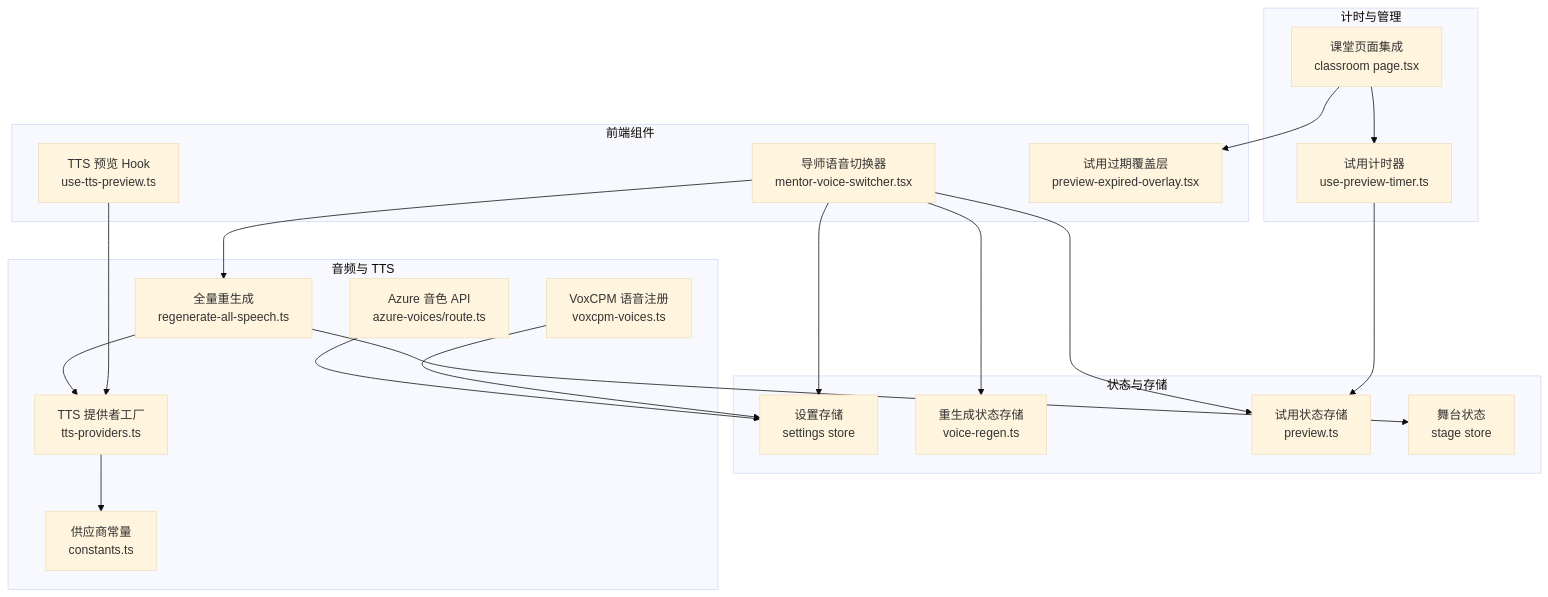
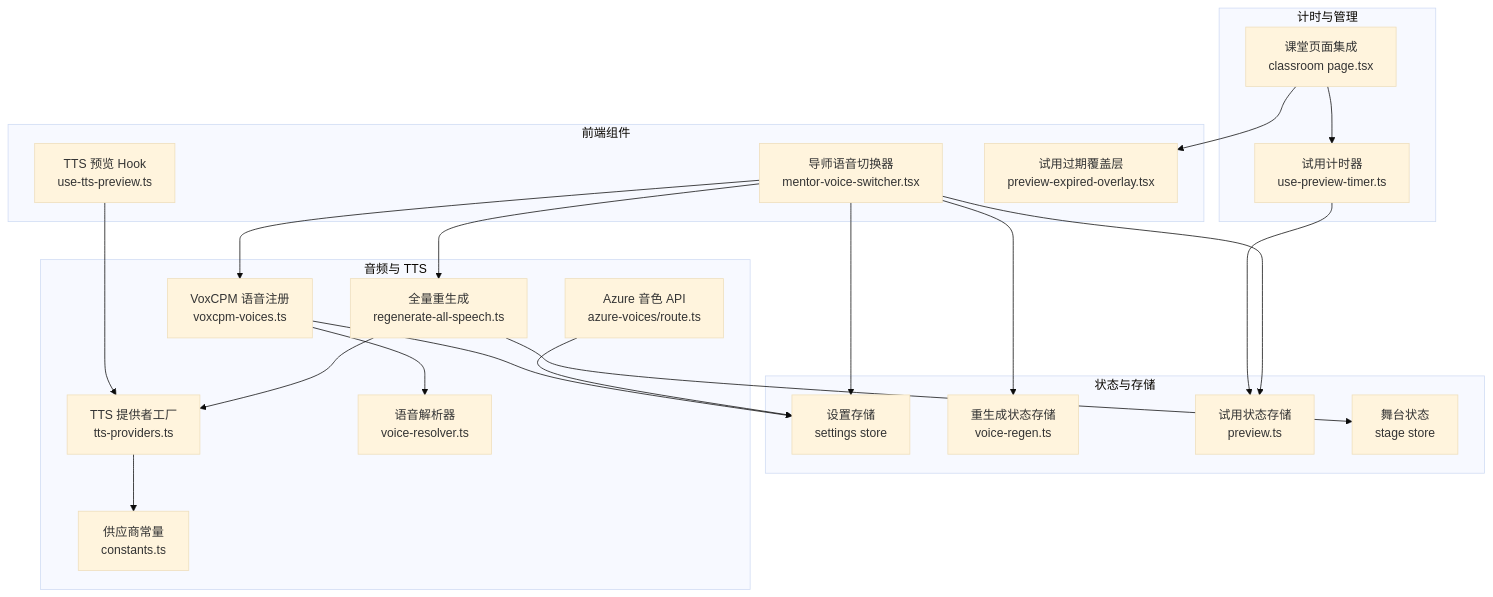
The fourth of 12 diagrams in .qoder/repowiki/zh/content/UI 组件系统/课堂播放组件/导师语音切换器组件.md (huangboheng/OpenMAIC), drawn with Mermaid (base theme) before and after one commit. The commit also changed other lines of this file and 13 other files, not shown here.

````diff
--- a/.qoder/repowiki/zh/content/UI 组件系统/课堂播放组件/导师语音切换器组件.md
+++ b/.qoder/repowiki/zh/content/UI 组件系统/课堂播放组件/导师语音切换器组件.md
@@ -296,38 +325,41 @@
 ```mermaid
 graph TB
 subgraph "前端组件"
 VS["导师语音切换器<br/>mentor-voice-switcher.tsx"]
 PR["TTS 预览 Hook<br/>use-tts-preview.ts"]
 PEO["试用过期覆盖层<br/>preview-expired-overlay.tsx"]
 end
 subgraph "状态与存储"
 SS["设置存储<br/>settings store"]
 VR["重生成状态存储<br/>voice-regen.ts"]
 PS["试用状态存储<br/>preview.ts"]
 ST["舞台状态<br/>stage store"]
 end
 subgraph "音频与 TTS"
 RS["全量重生成<br/>regenerate-all-speech.ts"]
 TP["TTS 提供者工厂<br/>tts-providers.ts"]
 CT["供应商常量<br/>constants.ts"]
 AZ["Azure 音色 API<br/>azure-voices/route.ts"]
 VC["VoxCPM 语音注册<br/>voxcpm-voices.ts"]
+VR2["语音解析器<br/>voice-resolver.ts"]
 end
 subgraph "计时与管理"
 PT["试用计时器<br/>use-preview-timer.ts"]
 CP["课堂页面集成<br/>classroom page.tsx"]
 end
 VS --> SS
 VS --> VR
 VS --> PS
 VS --> RS
+VS --> VC
 RS --> ST
 RS --> TP
 TP --> CT
 PR --> TP
 AZ --> SS
 VC --> SS
 PT --> PS
 CP --> PEO
 CP --> PT
+VC --> VR2
 ```
````
